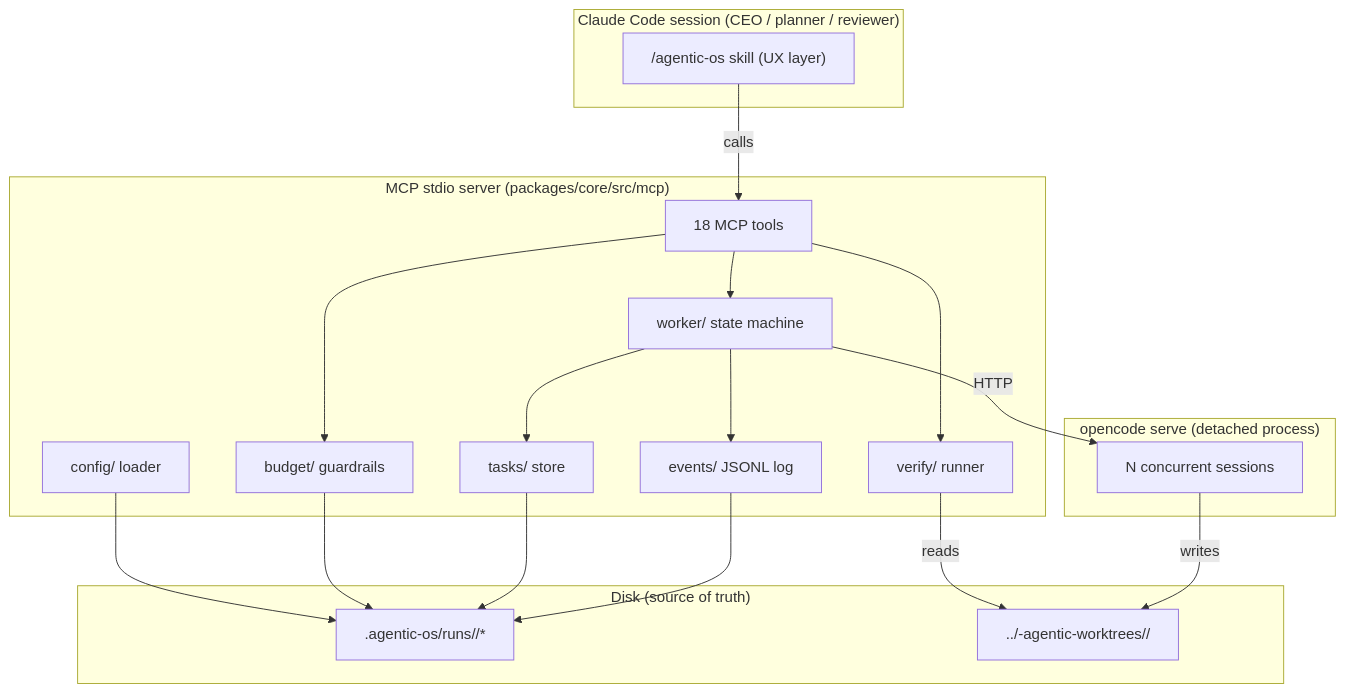
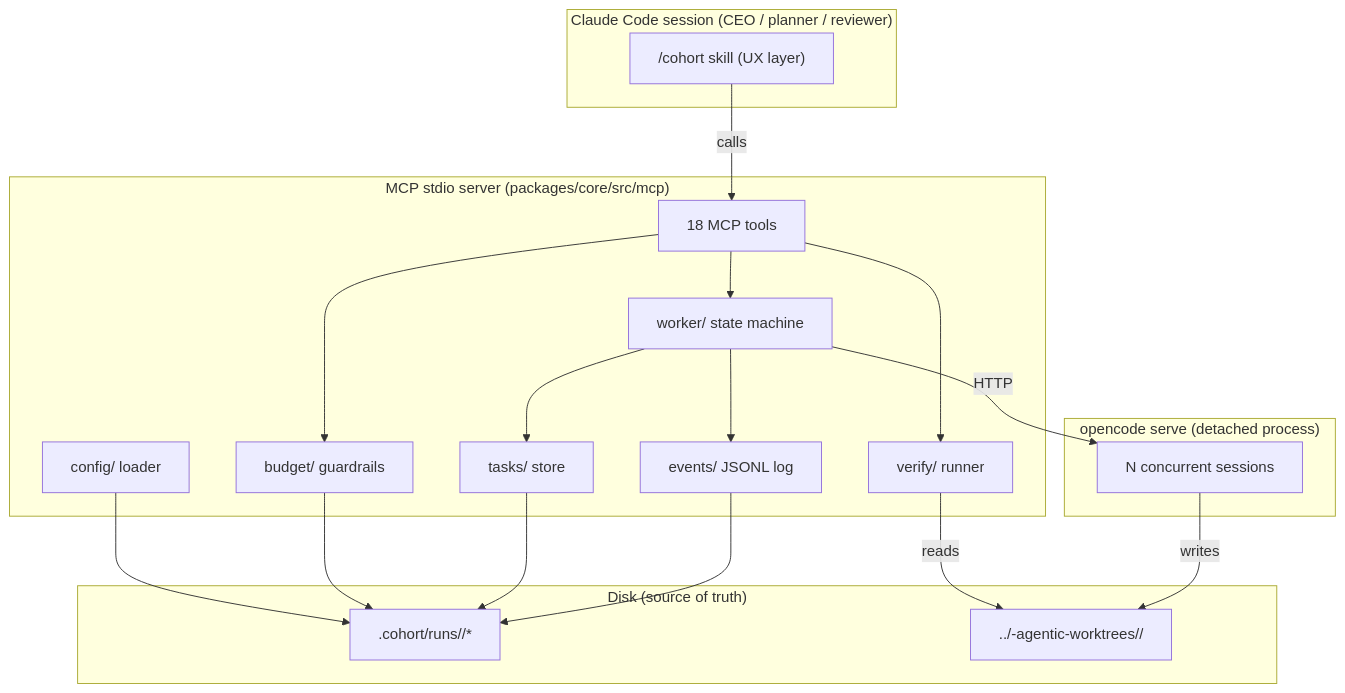
The first of 3 diagrams in docs/ARCHITECTURE.md (Bhavya-Dhoot/Cohort), drawn with Mermaid before and after one commit. The commit also changed other lines of this file and 62 other files, not shown here.

Commit message:
Rename agentic-os -> Cohort (packages, MCP server, plugin, skill, tool refs, .cohort state dir, branch prefixes); add MIT LICENSE; harden .gitignore

````diff
--- a/docs/ARCHITECTURE.md
+++ b/docs/ARCHITECTURE.md
@@ -141,35 +141,35 @@
 ```mermaid
 flowchart TB
     subgraph ClaudeCode["Claude Code session (CEO / planner / reviewer)"]
-        Skill["/agentic-os skill (UX layer)"]
+        Skill["/cohort skill (UX layer)"]
     end
     subgraph MCPServer["MCP stdio server (packages/core/src/mcp)"]
         Tools["18 MCP tools"]
         Worker["worker/ state machine"]
         Budget["budget/ guardrails"]
         Verify["verify/ runner"]
         Events["events/ JSONL log"]
         Tasks["tasks/ store"]
         Config["config/ loader"]
     end
     subgraph OC["opencode serve (detached process)"]
         Sessions["N concurrent sessions"]
     end
     subgraph Disk["Disk (source of truth)"]
-        RunState[".agentic-os/runs/<runId>/*"]
+        RunState[".cohort/runs/<runId>/*"]
         Worktrees["../<project>-agentic-worktrees/<runId>/<workerId>"]
     end
     Skill -->|calls| Tools
     Tools --> Worker
     Tools --> Budget
     Tools --> Verify
     Worker -->|HTTP| Sessions
     Worker --> Events
     Worker --> Tasks
     Sessions -->|writes| Worktrees
     Events --> RunState
     Tasks --> RunState
     Budget --> RunState
     Config --> RunState
     Verify -->|reads| Worktrees
 ```
````
